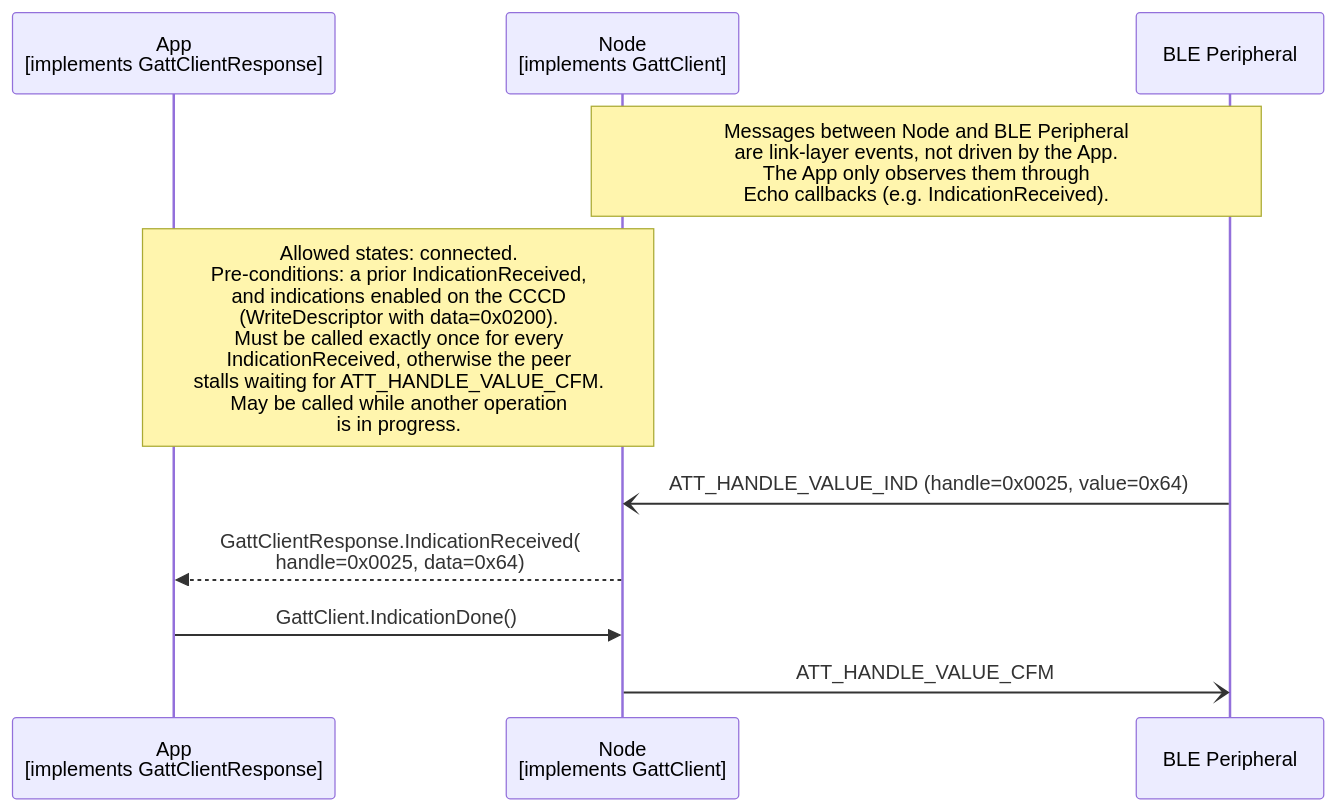
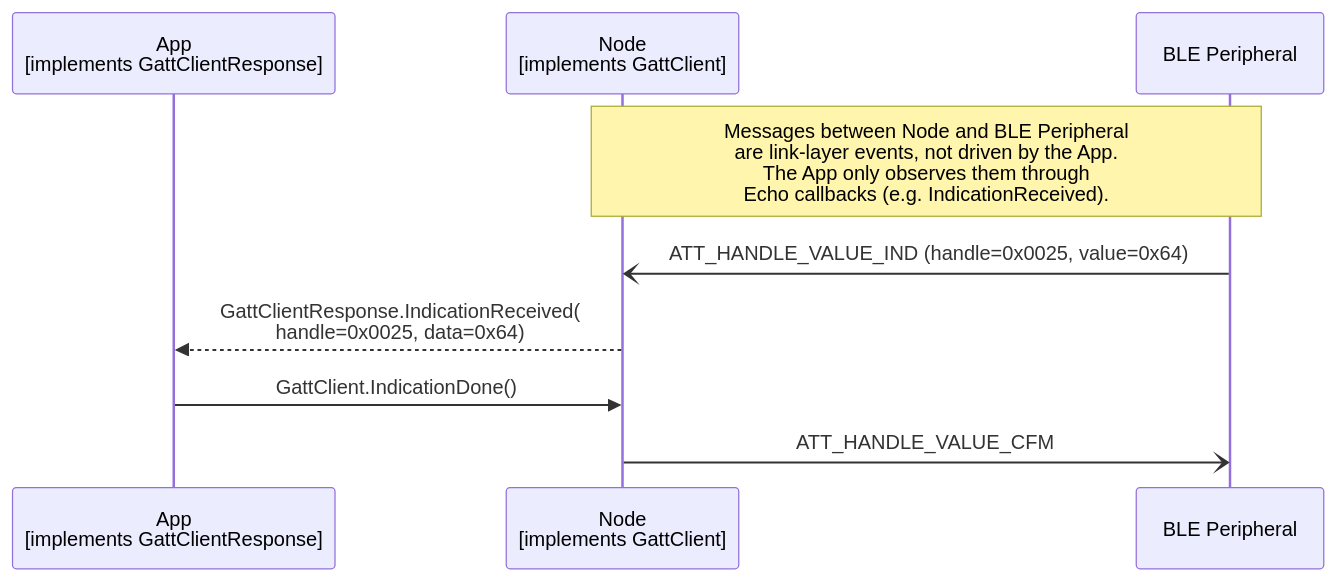
The diagram in documents/modules/ROOT/partials/echoservices/gatt_client/GattClient_IndicationDone_sequence.mmd (philips-software/amp-embedded-infra-lib), drawn with Mermaid before and after one commit. The commit also changed 16 other files, not shown here.

```diff
--- a/documents/modules/ROOT/partials/echoservices/gatt_client/GattClient_IndicationDone_sequence.mmd
+++ b/documents/modules/ROOT/partials/echoservices/gatt_client/GattClient_IndicationDone_sequence.mmd
@@ -1,12 +1,11 @@
 sequenceDiagram
     participant App as App<br>[implements GattClientResponse]
     participant Node as Node<br>[implements GattClient]
     participant Peripheral as BLE Peripheral
 
     Note over Node, Peripheral: Messages between Node and BLE Peripheral<br>are link-layer events, not driven by the App.<br>The App only observes them through<br>Echo callbacks (e.g. IndicationReceived).
-    Note over App, Node: Allowed states: connected.<br>Pre-conditions: a prior IndicationReceived,<br>and indications enabled on the CCCD<br>(WriteDescriptor with data=0x0200).<br>Must be called exactly once for every<br>IndicationReceived, otherwise the peer<br>stalls waiting for ATT_HANDLE_VALUE_CFM.<br>May be called while another operation<br>is in progress.
 
     Peripheral-)Node: ATT_HANDLE_VALUE_IND (handle=0x0025, value=0x64)
     Node-->>App: GattClientResponse.IndicationReceived(<br>handle=0x0025, data=0x64)
     App->>Node: GattClient.IndicationDone()
     Node-)Peripheral: ATT_HANDLE_VALUE_CFM
```
